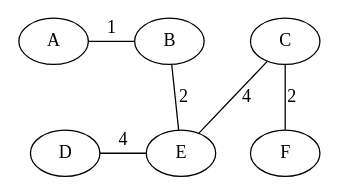
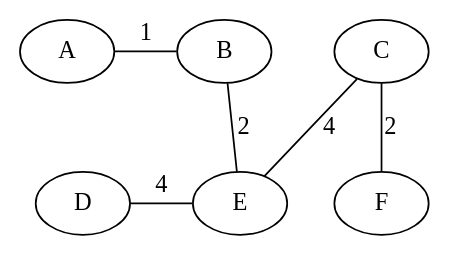
One commit to IUDataStructuresCourse/course-web-page-spring-2024 changed the diagram in lectures/graph3.dot. Above: the diagram before and after it, drawn with Graphviz. The commit also changed 8 other files, not shown here.

```diff
--- a/lectures/graph3.dot
+++ b/lectures/graph3.dot
@@ -1,14 +1,13 @@
 graph G {
-  size="2.5,1.5";
 
   {rank = same; A B C }
   {rank = same; D E F }
 
   A -- B [label="1"];
   B -- E [label="2"];
   B -- C [style=invis];
   C -- E [label="4"];
   C -- F [label="2"];
   D -- E [label="4"];
   
 }
```
